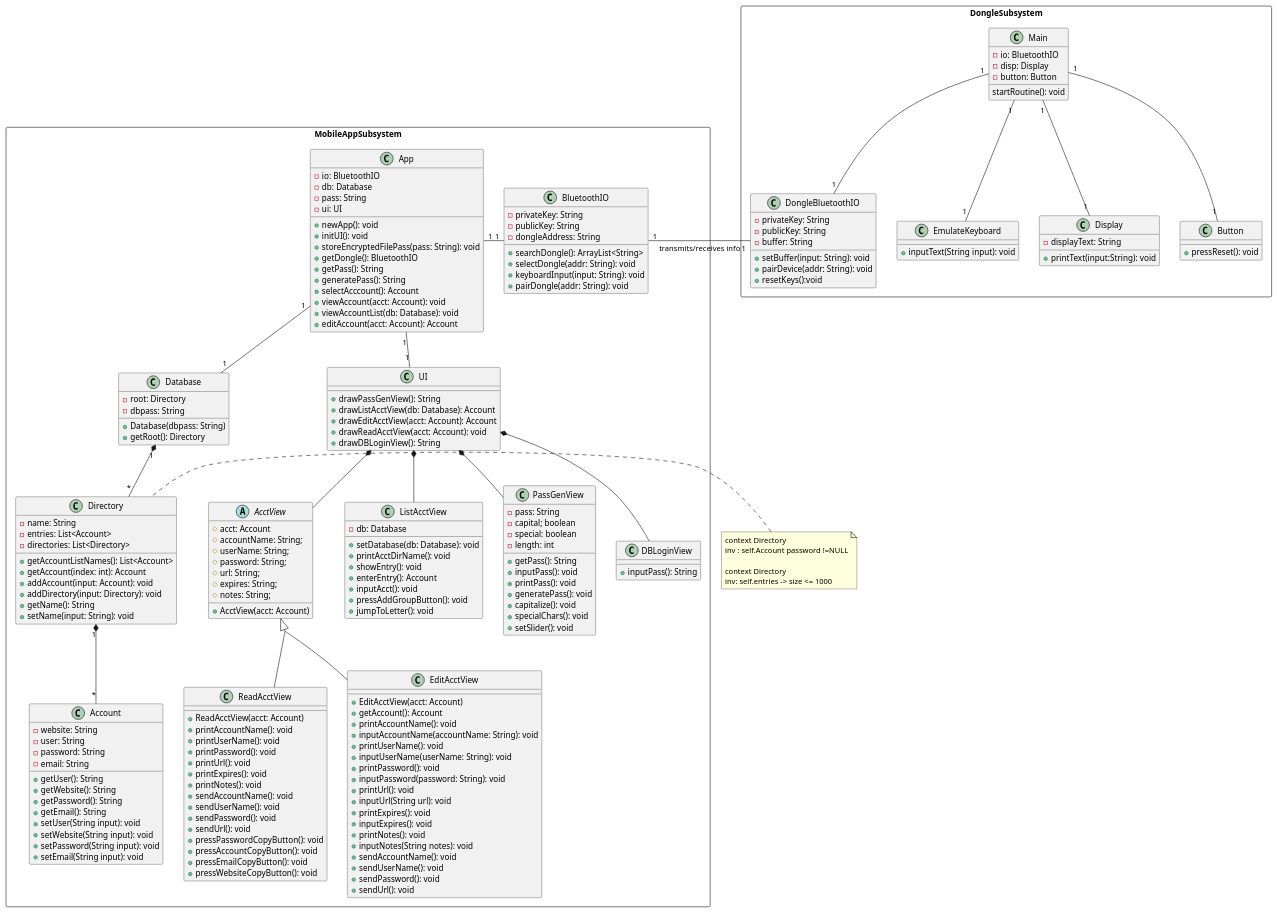
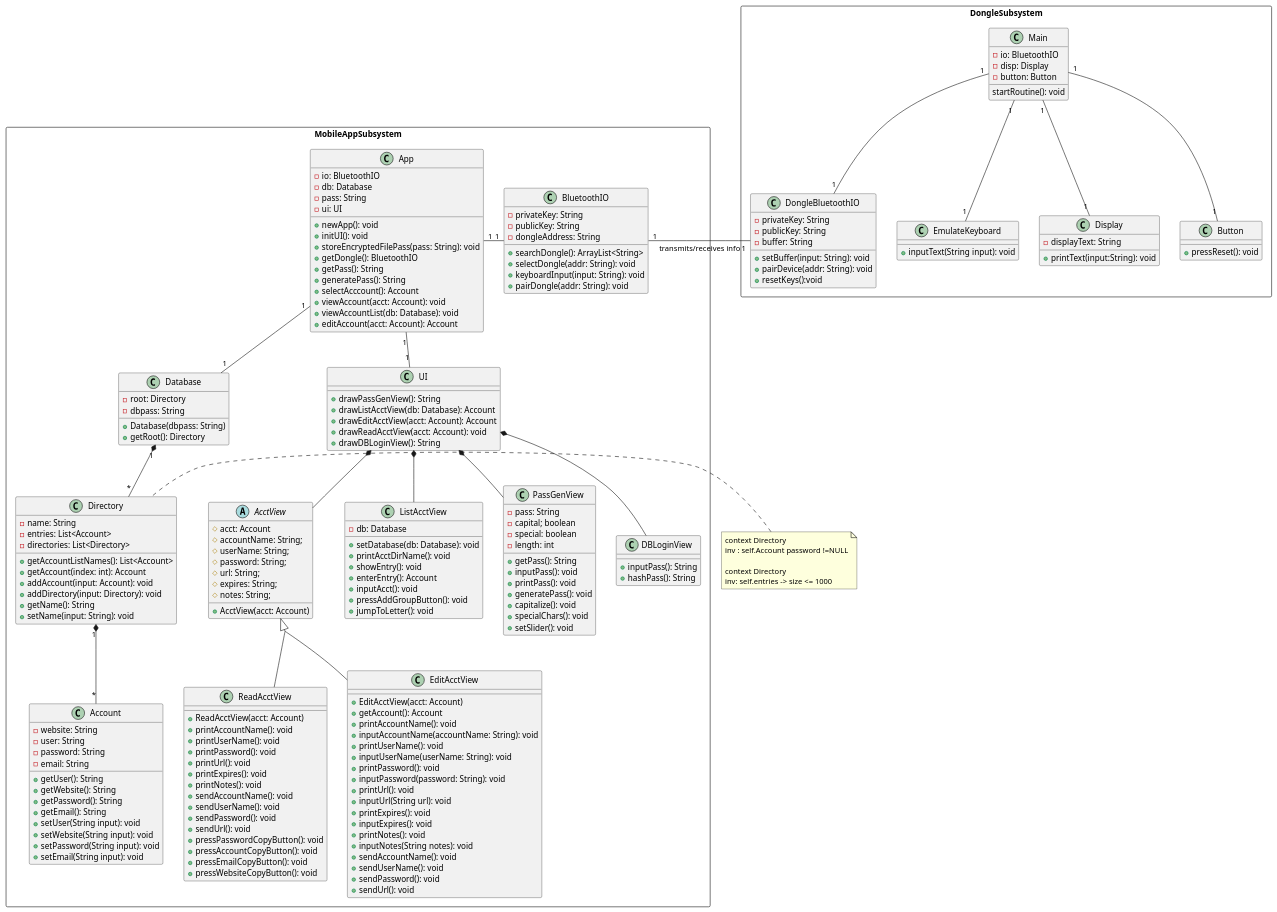
The diagram in docs/diag/group/class1.plantuml (gentmantan/cen4010groupproject), drawn with PlantUML before and after one commit. The commit also changed 5 other files, not shown here.

Commit message:
Added fourth and fifth object diagrams

```diff
--- a/docs/diag/group/class1.plantuml
+++ b/docs/diag/group/class1.plantuml
@@ -113,7 +113,8 @@
     }
 
     class DBLoginView{
-      +inputPass(): String
+        +inputPass(): String
+        +hashPass(): String
     }
 
     class ReadAcctView{
```
